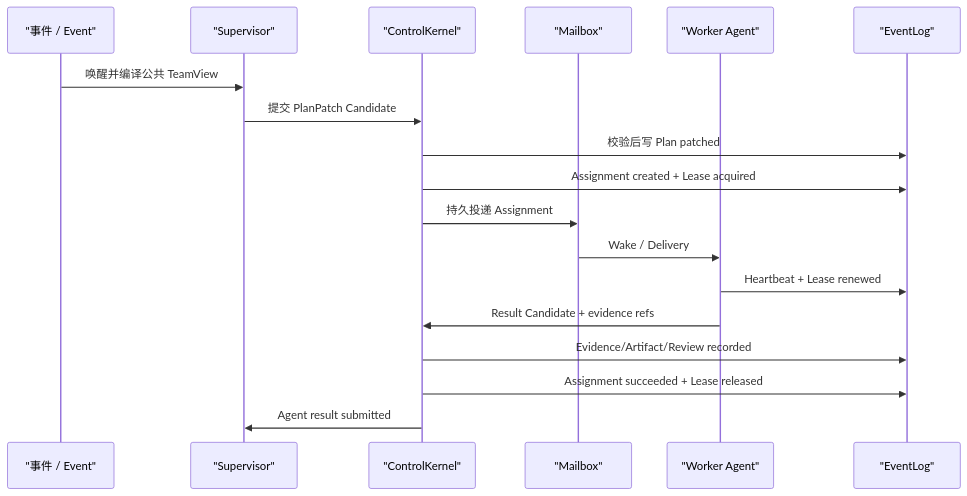
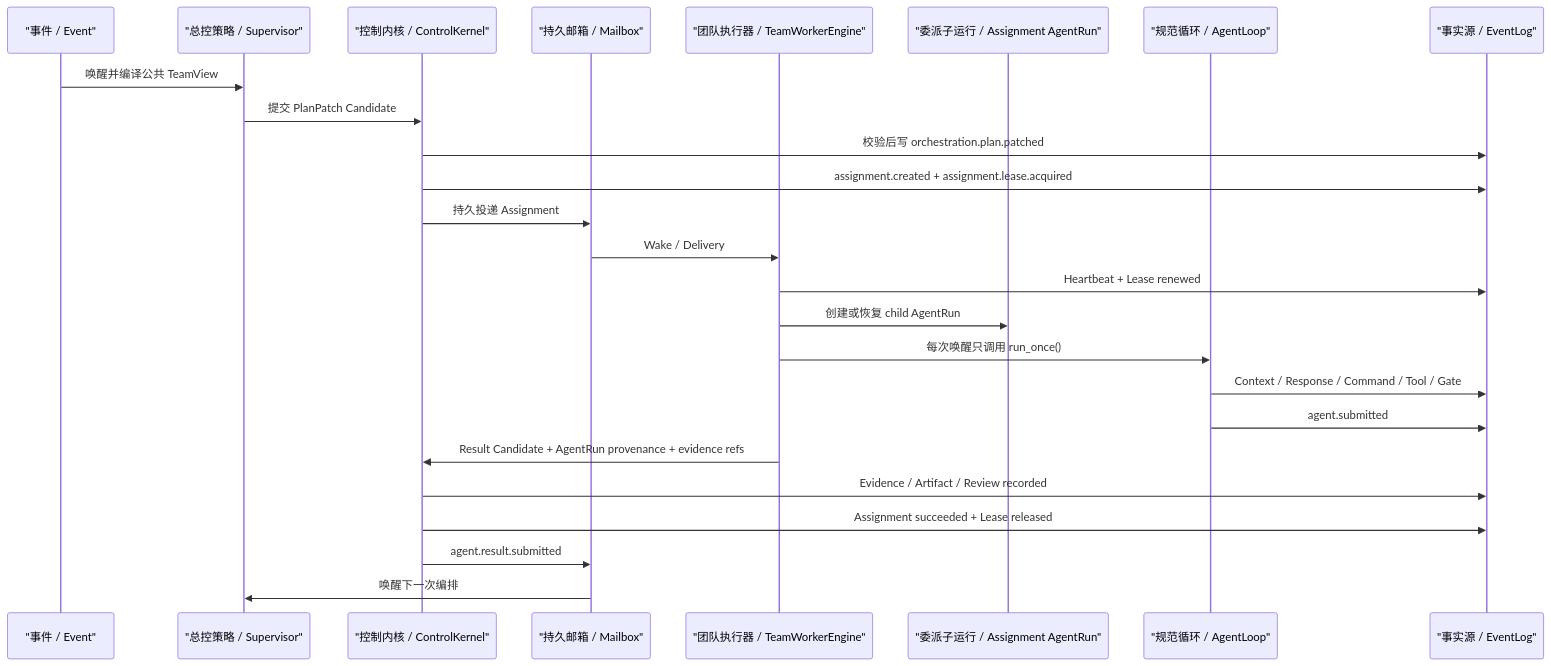
The second of 5 diagrams in docs/DURABLE_SUPERVISOR_WALKTHROUGH.md (BaoBao1996121/crazy-harness), drawn with Mermaid before and after one commit. The commit also changed other lines of this file and 28 other files, not shown here.

First line of the commit message:
feat: add durable canonical Agent Team workers (#12)

````diff
--- a/docs/DURABLE_SUPERVISOR_WALKTHROUGH.md
+++ b/docs/DURABLE_SUPERVISOR_WALKTHROUGH.md
@@ -66,21 +85,28 @@
 ```mermaid
 sequenceDiagram
     participant E as "事件 / Event"
-    participant S as "Supervisor"
-    participant K as "ControlKernel"
-    participant M as "Mailbox"
-    participant A as "Worker Agent"
-    participant D as "EventLog"
+    participant S as "总控策略 / Supervisor"
+    participant K as "控制内核 / ControlKernel"
+    participant M as "持久邮箱 / Mailbox"
+    participant W as "团队执行器 / TeamWorkerEngine"
+    participant A as "委派子运行 / Assignment AgentRun"
+    participant L as "规范循环 / AgentLoop"
+    participant D as "事实源 / EventLog"
 
     E->>S: 唤醒并编译公共 TeamView
     S->>K: 提交 PlanPatch Candidate
-    K->>D: 校验后写 Plan patched
-    K->>D: Assignment created + Lease acquired
+    K->>D: 校验后写 orchestration.plan.patched
+    K->>D: assignment.created + assignment.lease.acquired
     K->>M: 持久投递 Assignment
-    M->>A: Wake / Delivery
-    A->>D: Heartbeat + Lease renewed
-    A->>K: Result Candidate + evidence refs
-    K->>D: Evidence/Artifact/Review recorded
+    M->>W: Wake / Delivery
+    W->>D: Heartbeat + Lease renewed
+    W->>A: 创建或恢复 child AgentRun
+    W->>L: 每次唤醒只调用 run_once()
+    L->>D: Context / Response / Command / Tool / Gate
+    L->>D: agent.submitted
+    W->>K: Result Candidate + AgentRun provenance + evidence refs
+    K->>D: Evidence / Artifact / Review recorded
     K->>D: Assignment succeeded + Lease released
-    K->>S: Agent result submitted
+    K->>M: agent.result.submitted
+    M->>S: 唤醒下一次编排
 ```
````
